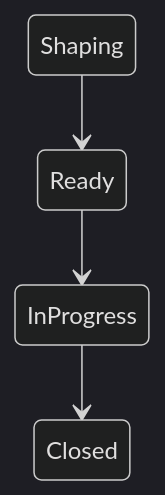
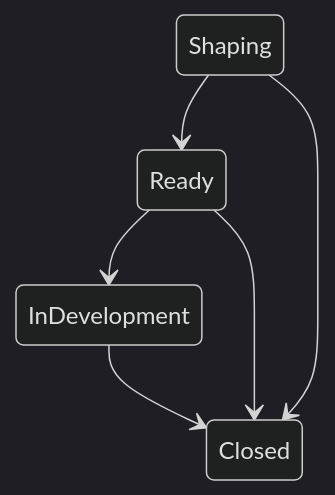
The third of 3 diagrams in docs/issue-lifecycle.md (p4lang/p4analyzer), drawn with Mermaid (dark theme) before and after one commit.

Commit message:
Update Feature state names

````diff
--- a/docs/issue-lifecycle.md
+++ b/docs/issue-lifecycle.md
@@ -57,6 +57,8 @@
 ```mermaid
 stateDiagram-v2
 	Shaping --> Ready
-	Ready --> InProgress
-	InProgress --> Closed
+	Ready --> InDevelopment
+	InDevelopment --> Closed
+	Shaping --> Closed
+	Ready --> Closed
 ```
````
